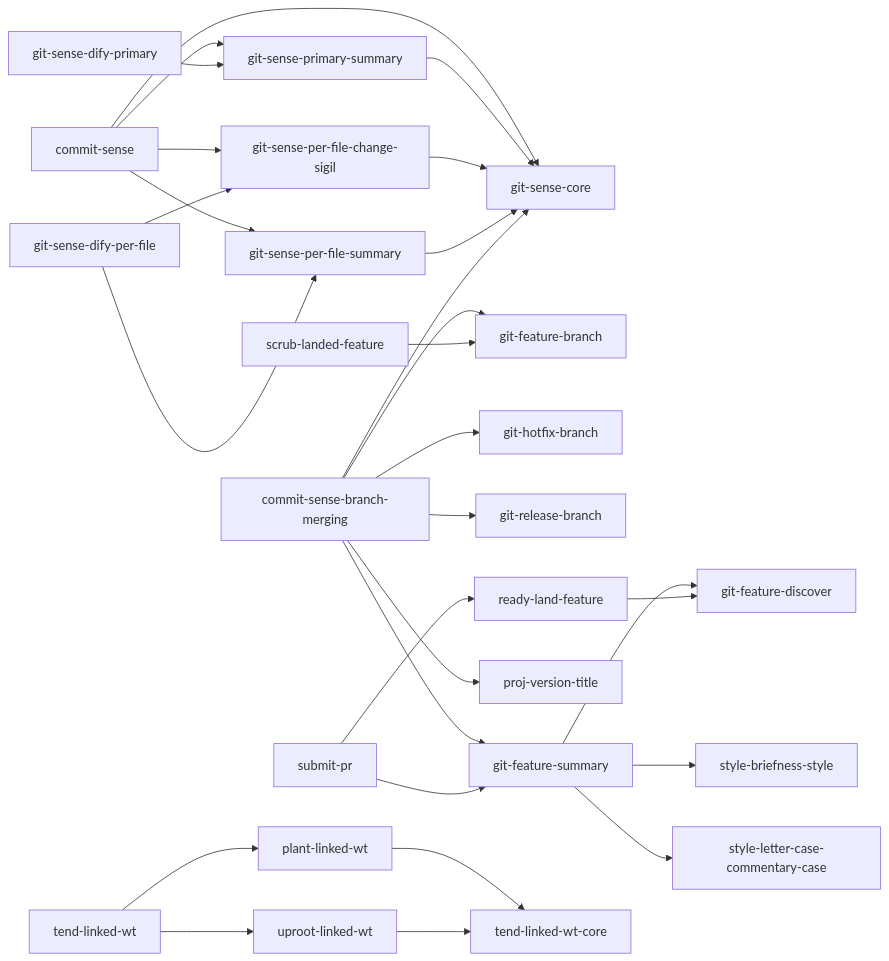
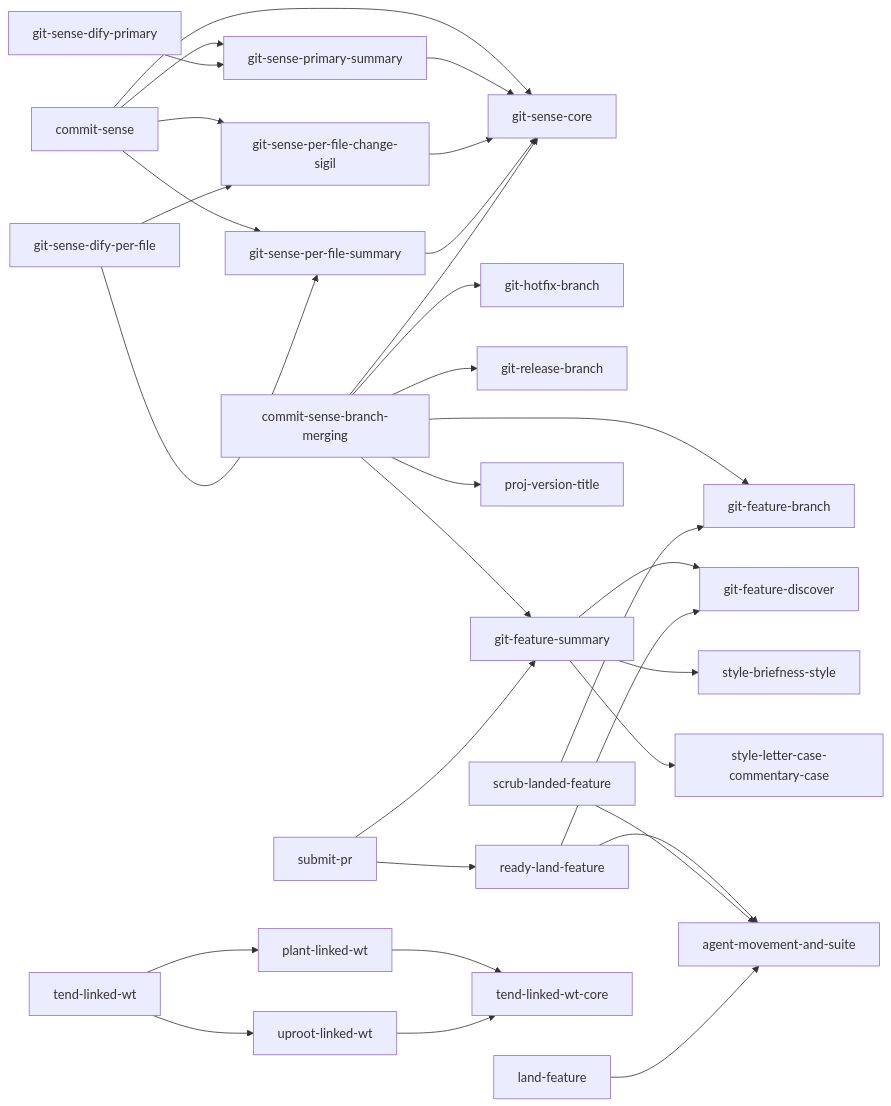
Before and after one commit to kami-lel/kaye-library: the third of 10 diagrams in docs/blueprint-doc.md, drawn with Mermaid. The commit also changed other lines of this file and 12 other files, not shown here.

````diff
--- a/docs/blueprint-doc.md
+++ b/docs/blueprint-doc.md
@@ -97,30 +106,33 @@
 ```mermaid
 flowchart LR
     commit_sense["commit-sense"] --> git_sense_core["git-sense-core"]
     commit_sense --> git_sense_primary_summary["git-sense-primary-summary"]
     commit_sense --> git_sense_per_file_change_sigil["git-sense-per-file-change-sigil"]
     commit_sense --> git_sense_per_file_summary["git-sense-per-file-summary"]
     git_sense_primary_summary --> git_sense_core
     git_sense_per_file_change_sigil --> git_sense_core
     git_sense_per_file_summary --> git_sense_core
     commit_sense_branch_merging["commit-sense-branch-merging"] --> git_sense_core
     commit_sense_branch_merging --> git_feature_branch["git-feature-branch"]
     commit_sense_branch_merging --> git_hotfix_branch["git-hotfix-branch"]
     commit_sense_branch_merging --> git_release_branch["git-release-branch"]
     commit_sense_branch_merging --> git_feature_summary["git-feature-summary"]
     commit_sense_branch_merging --> proj_version_title["proj-version-title"]
     git_sense_dify_primary["git-sense-dify-primary"] --> git_sense_primary_summary
     git_sense_dify_per_file["git-sense-dify-per-file"] --> git_sense_per_file_change_sigil
     git_sense_dify_per_file --> git_sense_per_file_summary
     git_feature_summary["git-feature-summary"] --> git_feature_discover["git-feature-discover"]
     ready_land_feature["ready-land-feature"] --> git_feature_discover
     scrub_landed_feature["scrub-landed-feature"] --> git_feature_branch
+    ready_land_feature --> agent_movement_and_suite["agent-movement-and-suite"]
+    scrub_landed_feature --> agent_movement_and_suite
+    land_feature["land-feature"] --> agent_movement_and_suite
     submit_pr["submit-pr"] --> ready_land_feature
     submit_pr --> git_feature_summary
     tend_linked_wt["tend-linked-wt"] --> plant_linked_wt["plant-linked-wt"]
     tend_linked_wt --> uproot_linked_wt["uproot-linked-wt"]
     plant_linked_wt --> tend_linked_wt_core["tend-linked-wt-core"]
     uproot_linked_wt --> tend_linked_wt_core
     git_feature_summary --> style_briefness_style["style-briefness-style"]
     git_feature_summary --> style_letter_case_commentary_case["style-letter-case-commentary-case"]
 ```
````
